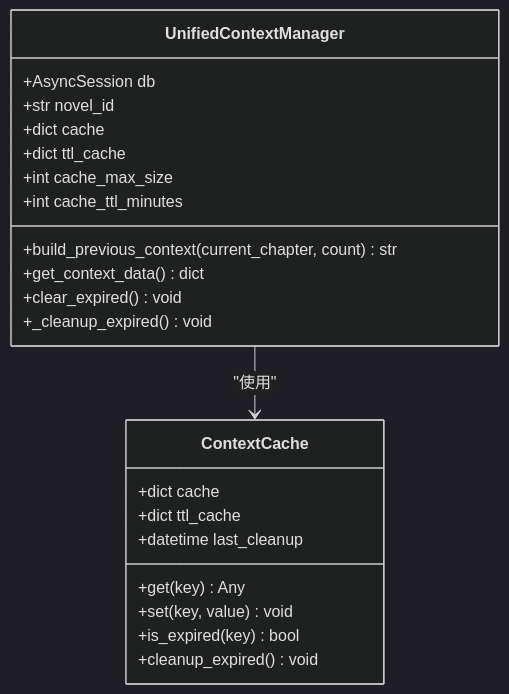
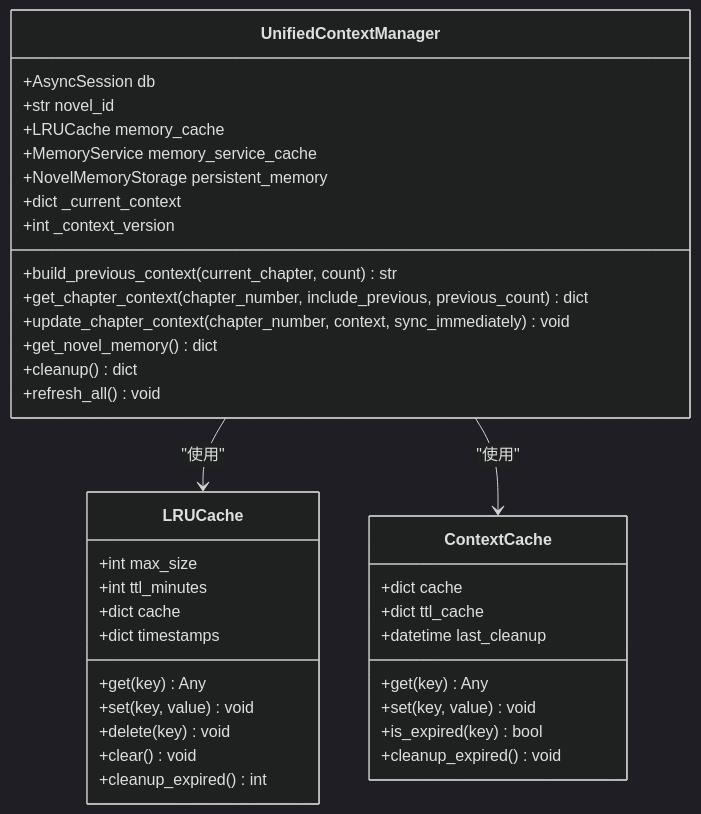
Diagram 21 of 27 in .qoder/repowiki/zh/content/Generation Service.md (xfbyxq/ai-novel-system), drawn with Mermaid (dark theme) before and after one commit. The commit also changed other lines of this file and 3 other files, not shown here.

````diff
--- a/.qoder/repowiki/zh/content/Generation Service.md
+++ b/.qoder/repowiki/zh/content/Generation Service.md
@@ -1000,25 +1186,40 @@
 ```mermaid
 classDiagram
 class UnifiedContextManager {
 +AsyncSession db
 +str novel_id
++LRUCache memory_cache
++MemoryService memory_service_cache
++NovelMemoryStorage persistent_memory
++dict _current_context
++int _context_version
++build_previous_context(current_chapter, count) str
++get_chapter_context(chapter_number, include_previous, previous_count) dict
++update_chapter_context(chapter_number, context, sync_immediately) void
++get_novel_memory() dict
++cleanup() dict
++refresh_all() void
+}
+class LRUCache {
++int max_size
++int ttl_minutes
 +dict cache
-+dict ttl_cache
-+int cache_max_size
-+int cache_ttl_minutes
-+build_previous_context(current_chapter, count) str
-+get_context_data() dict
-+clear_expired() void
-+_cleanup_expired() void
++dict timestamps
++get(key) Any
++set(key, value) void
++delete(key) void
++clear() void
++cleanup_expired() int
 }
 class ContextCache {
 +dict cache
 +dict ttl_cache
 +datetime last_cleanup
 +get(key) Any
 +set(key, value) void
 +is_expired(key) bool
 +cleanup_expired() void
 }
+UnifiedContextManager --> LRUCache : "使用"
 UnifiedContextManager --> ContextCache : "使用"
 ```
````
